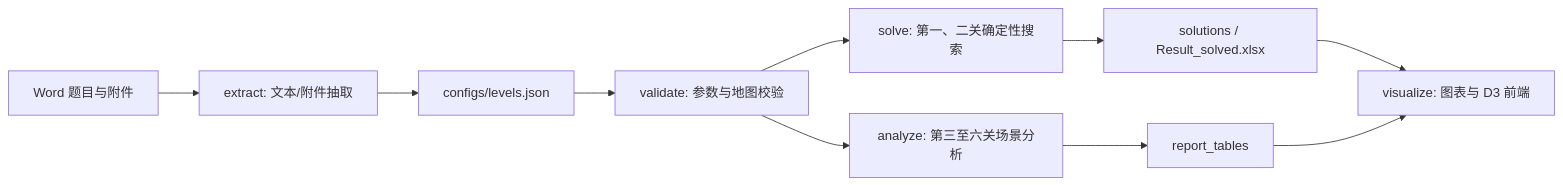
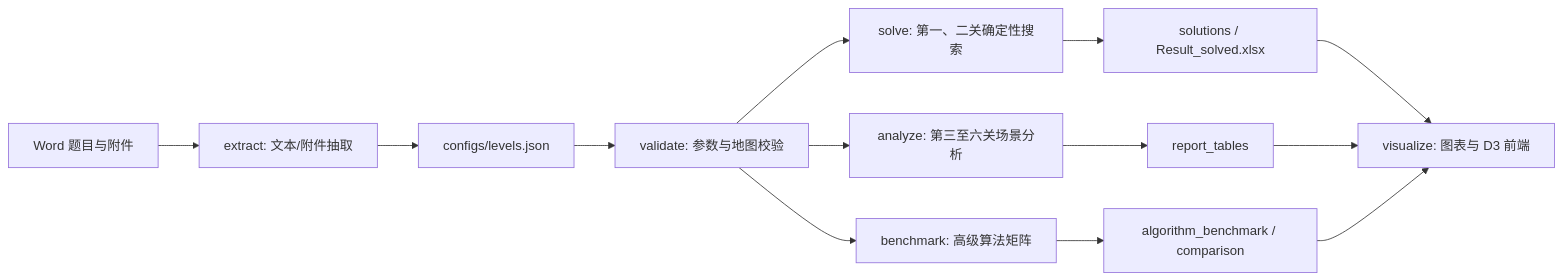
One commit to kanfanle233/desert-crossing-policy-analysis changed the diagram in README.md. Above: the diagram before and after it, drawn with Mermaid. The commit also changed other lines of this file and 37 other files, not shown here.

````diff
--- a/README.md
+++ b/README.md
@@ -32,12 +33,15 @@
 ```mermaid
 flowchart LR
     A["Word 题目与附件"] --> B["extract: 文本/附件抽取"]
     B --> C["configs/levels.json"]
     C --> D["validate: 参数与地图校验"]
     D --> E["solve: 第一、二关确定性搜索"]
     D --> F["analyze: 第三至六关场景分析"]
+    D --> J["benchmark: 高级算法矩阵"]
     E --> G["solutions / Result_solved.xlsx"]
     F --> H["report_tables"]
+    J --> K["algorithm_benchmark / comparison"]
     G --> I["visualize: 图表与 D3 前端"]
     H --> I
+    K --> I
 ```
````
